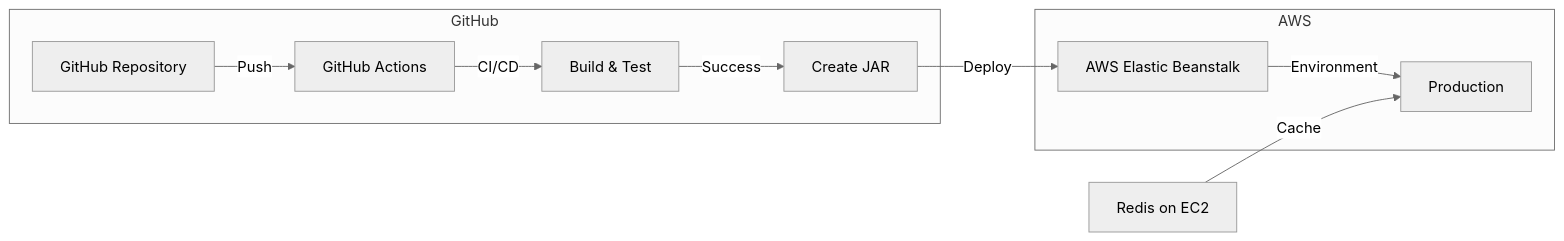
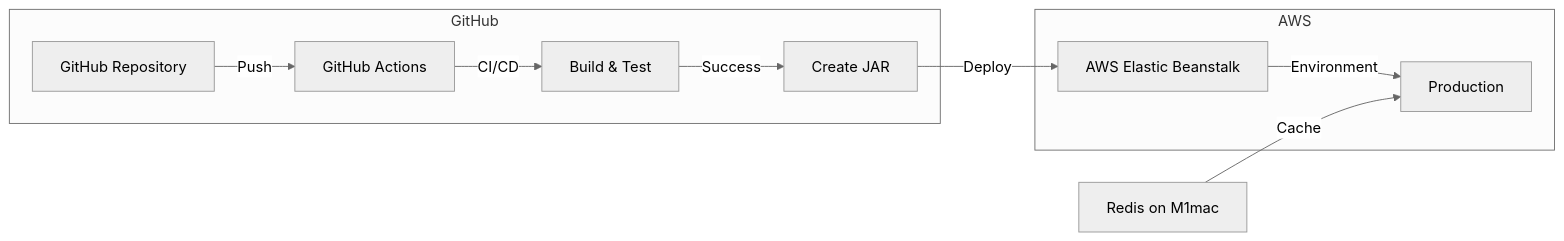
The diagram in README.md (Ernest45/myRecord-project), drawn with Mermaid (neutral theme) before and after one commit.

````diff
--- a/README.md
+++ b/README.md
@@ -30,22 +30,22 @@
 ```mermaid
 graph LR
     A[GitHub Repository] -->|Push| B[GitHub Actions]
     B -->|CI/CD| C[Build & Test]
     C -->|Success| D[Create JAR]
     D -->|Deploy| E[AWS Elastic Beanstalk]
     E -->|Environment| F[Production]
     
     subgraph GitHub
     A
     B
     C
     D
     end
     
     subgraph AWS
     E
     F
     end
 
-    G[Redis on EC2] -->|Cache| F
+    G[Redis on M1mac] -->|Cache| F
 ```
````
